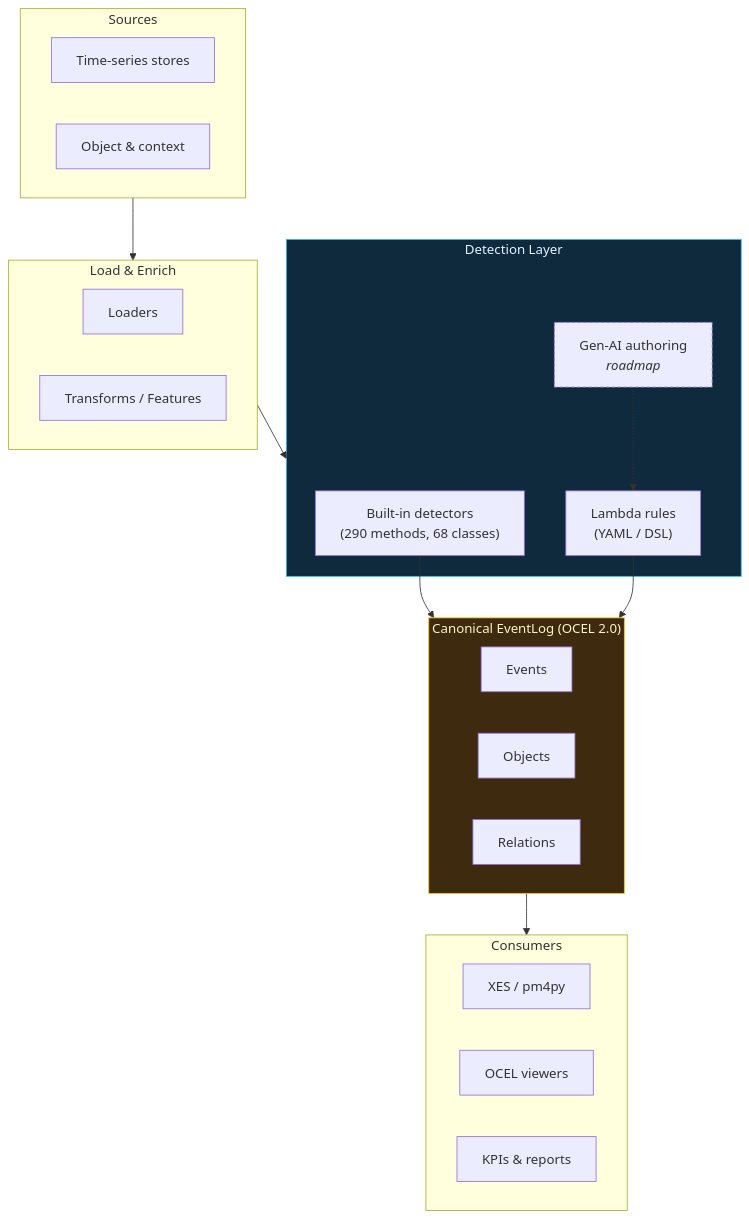
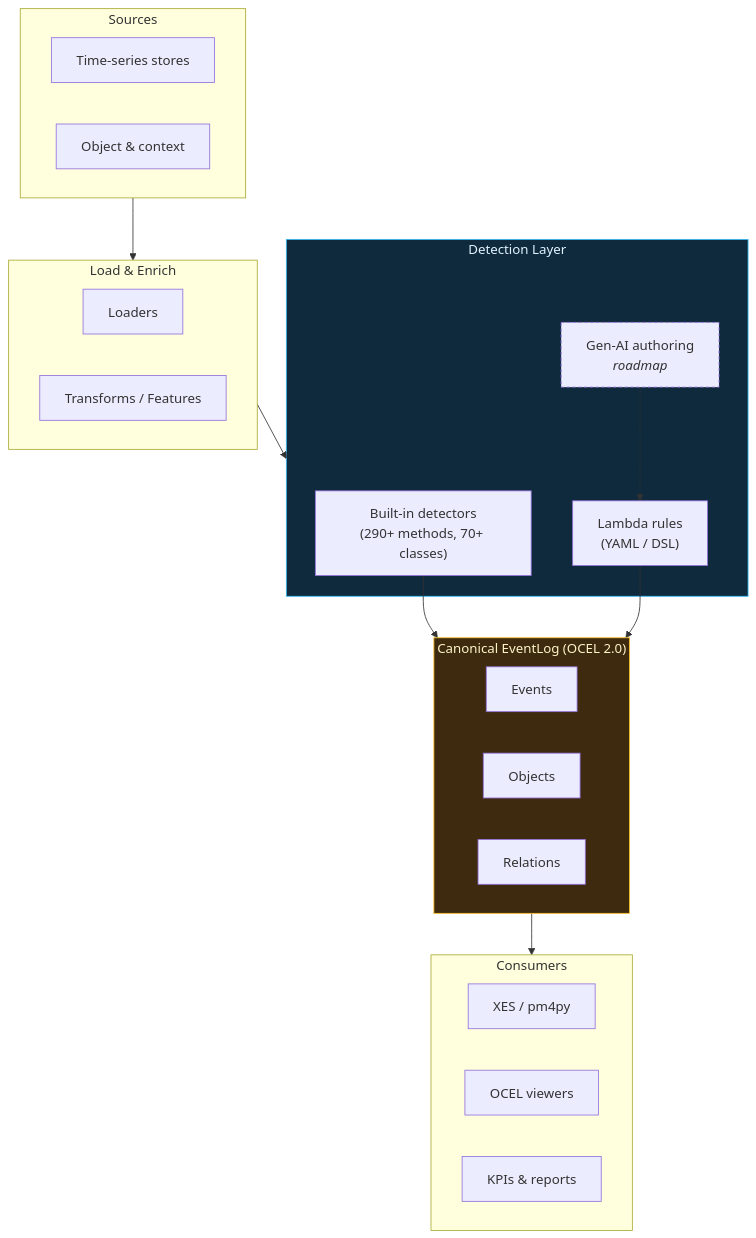
Before and after one commit to ts-shape/ts-shape: the first of 5 diagrams in docs/guides/lambda-rules.md, drawn with Mermaid. The commit also changed other lines of this file and 19 other files, not shown here.

````diff
--- a/docs/guides/lambda-rules.md
+++ b/docs/guides/lambda-rules.md
@@ -13,34 +13,34 @@
 ```mermaid
 flowchart TB
     subgraph IN["Sources"]
         S1[Time-series stores]
         S2[Object &amp; context]
     end
     subgraph LOAD["Load &amp; Enrich"]
         L1[Loaders]
         L2[Transforms / Features]
     end
     subgraph DETECT["Detection Layer"]
-        D1["Built-in detectors<br/>(290 methods, 68 classes)"]
+        D1["Built-in detectors<br/>(290+ methods, 70+ classes)"]
         D2["Lambda rules<br/>(YAML / DSL)"]
         D3["Gen-AI authoring<br/><i>roadmap</i>"]
     end
     subgraph EVENTLOG["Canonical EventLog (OCEL 2.0)"]
         E1[Events]
         E2[Objects]
         E3[Relations]
     end
     subgraph OUT["Consumers"]
         O1[XES / pm4py]
         O2[OCEL viewers]
         O3[KPIs &amp; reports]
     end
     IN --> LOAD --> DETECT
     D1 --> EVENTLOG
     D2 --> EVENTLOG
     D3 -.-> D2
     EVENTLOG --> OUT
     style DETECT fill:#0f2a3d,stroke:#38bdf8,color:#e0f2fe
     style EVENTLOG fill:#3d2a0f,stroke:#fbbf24,color:#fef3c7
     style D3 stroke-dasharray: 4 3
 ```
````
